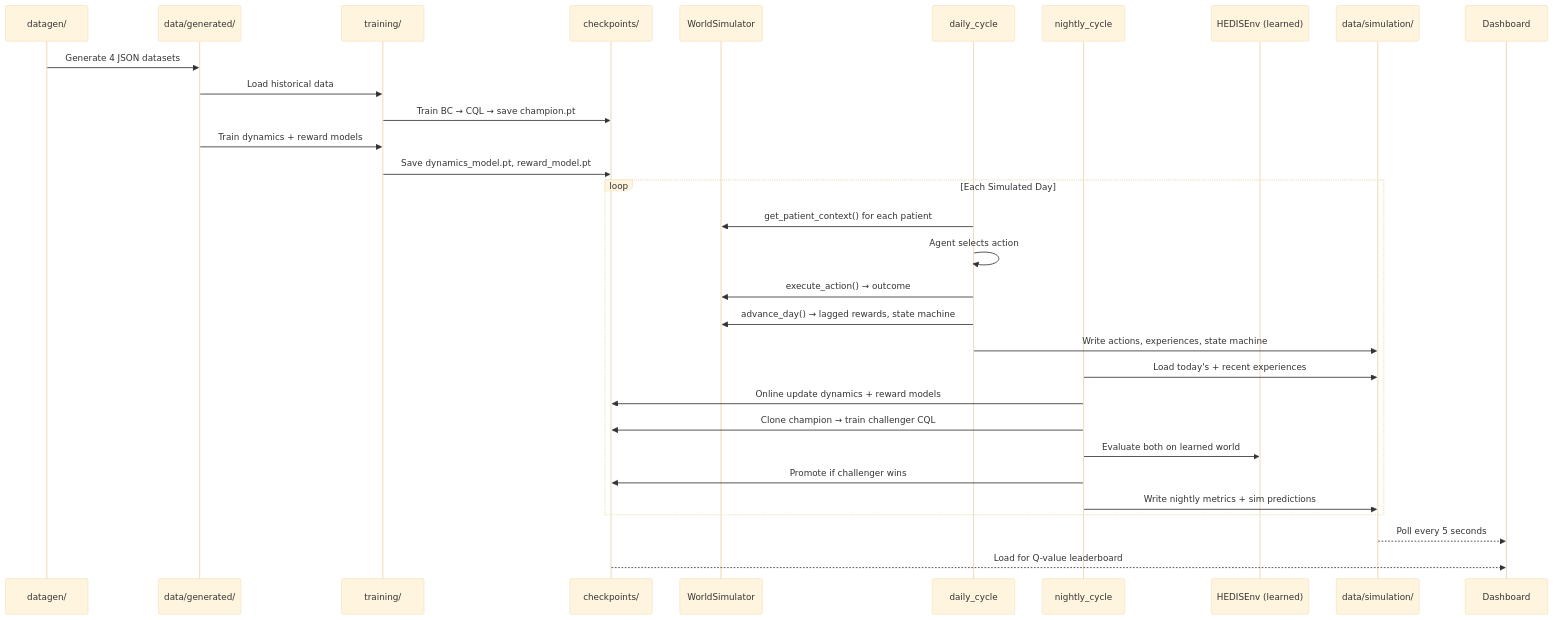
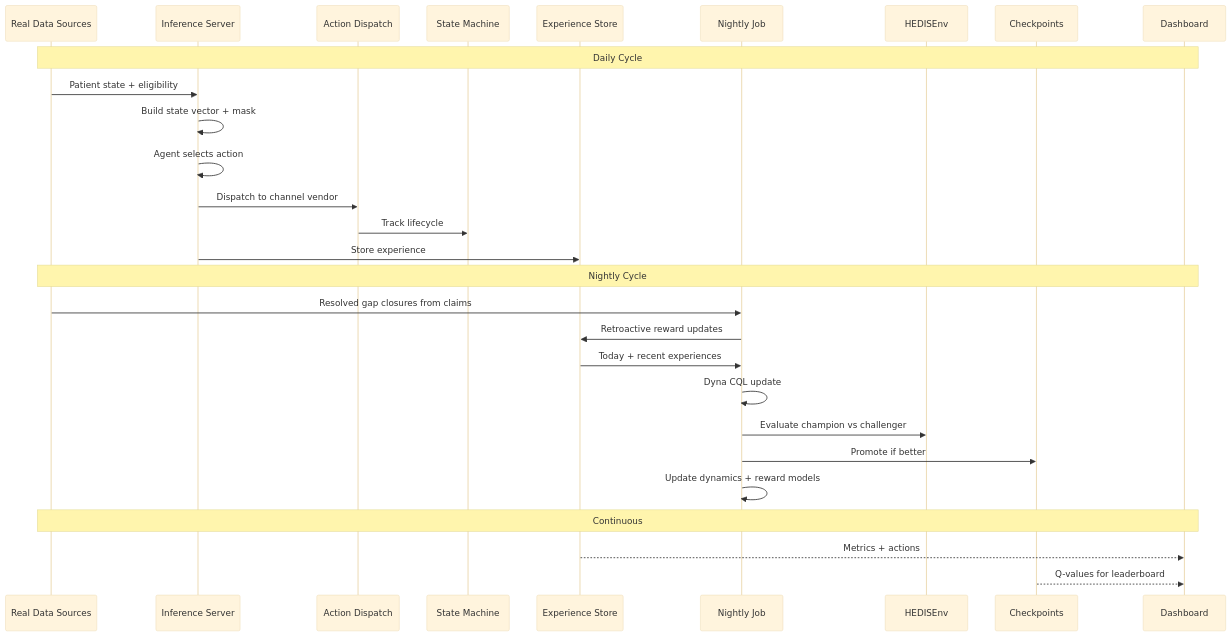
One commit to jeweinb/rl_agent_foundations changed the fourth of 4 diagrams in README.md. Above: the diagram before and after it, drawn with Mermaid (base theme). The commit also changed other lines of this file and 8 other files, not shown here.

````diff
--- a/README.md
+++ b/README.md
@@ -609,37 +589,33 @@
 ```mermaid
 sequenceDiagram
-    participant DG as datagen/
-    participant DS as data/generated/
-    participant TR as training/
-    participant CK as checkpoints/
-    participant WS as WorldSimulator
-    participant DC as daily_cycle
-    participant NC as nightly_cycle
-    participant HE as HEDISEnv (learned)
-    participant DD as data/simulation/
+    participant EHR as Real Data Sources
+    participant INF as Inference Server
+    participant ACT as Action Dispatch
+    participant SM as State Machine
+    participant EXP as Experience Store
+    participant NJ as Nightly Job
+    participant HE as HEDISEnv
+    participant CK as Checkpoints
     participant DB as Dashboard
 
-    DG->>DS: Generate 4 JSON datasets
-    DS->>TR: Load historical data
-    TR->>CK: Train BC → CQL → save champion.pt
-    DS->>TR: Train dynamics + reward models
-    TR->>CK: Save dynamics_model.pt, reward_model.pt
+    Note over EHR,DB: Daily Cycle
+    EHR->>INF: Patient state + eligibility
+    INF->>INF: Build state vector + mask
+    INF->>INF: Agent selects action
+    INF->>ACT: Dispatch to channel vendor
+    ACT->>SM: Track lifecycle
+    INF->>EXP: Store experience
 
-    loop Each Simulated Day
-        DC->>WS: get_patient_context() for each patient
-        DC->>DC: Agent selects action
-        DC->>WS: execute_action() → outcome
-        DC->>WS: advance_day() → lagged rewards, state machine
-        DC->>DD: Write actions, experiences, state machine
+    Note over EHR,DB: Nightly Cycle
+    EHR->>NJ: Resolved gap closures from claims
+    NJ->>EXP: Retroactive reward updates
+    EXP->>NJ: Today + recent experiences
+    NJ->>NJ: Dyna CQL update
+    NJ->>HE: Evaluate champion vs challenger
+    NJ->>CK: Promote if better
+    NJ->>NJ: Update dynamics + reward models
 
-        NC->>DD: Load today's + recent experiences
-        NC->>CK: Online update dynamics + reward models
-        NC->>CK: Clone champion → train challenger CQL
-        NC->>HE: Evaluate both on learned world
-        NC->>CK: Promote if challenger wins
-        NC->>DD: Write nightly metrics + sim predictions
-    end
-
-    DD-->>DB: Poll every 5 seconds
-    CK-->>DB: Load for Q-value leaderboard
+    Note over EHR,DB: Continuous
+    EXP-->>DB: Metrics + actions
+    CK-->>DB: Q-values for leaderboard
 ```
````
